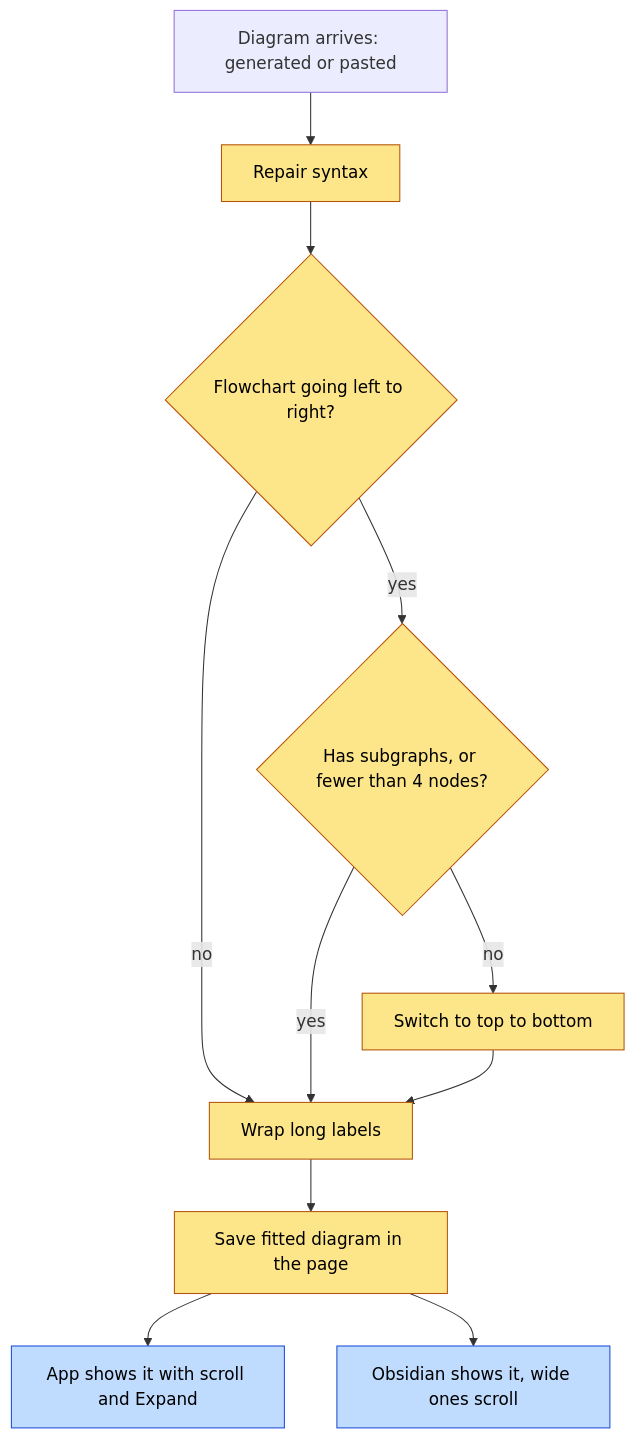
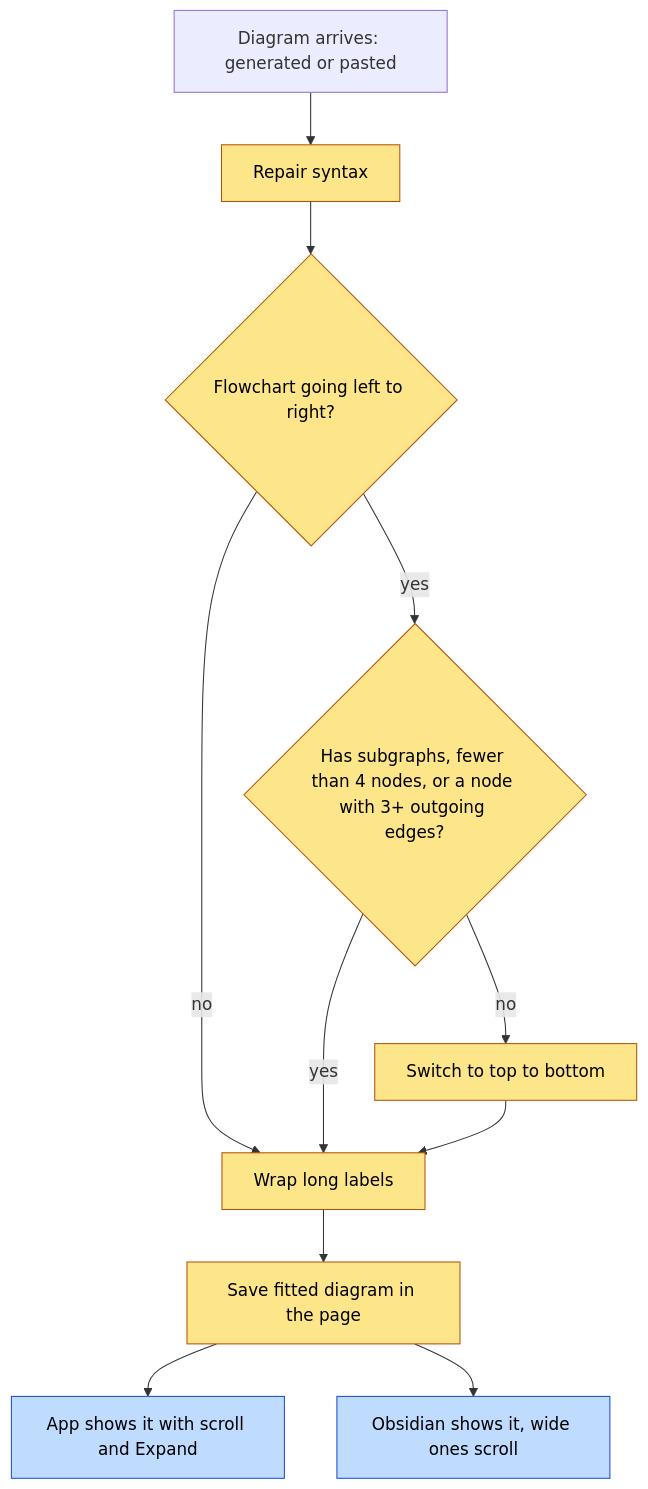
Before and after one commit to Sakethv7/SakethWiki: the diagram in docs/diagram-fit/architecture.md, drawn with Mermaid. The commit also changed other lines of this file and 3 other files, not shown here.

Commit message:
Diagram fit docs: amendments for the fan-out rule, per-diagram revert, and the Obsidian init-line finding

````diff
--- a/docs/diagram-fit/architecture.md
+++ b/docs/diagram-fit/architecture.md
@@ -5,17 +5,17 @@
 ```mermaid
 flowchart TD
     A[Diagram arrives: generated or pasted] --> B[Repair syntax]
     B --> C{Flowchart going left to right?}
     C -- no --> F[Wrap long labels]
-    C -- yes --> D{Has subgraphs, or fewer than 4 nodes?}
+    C -- yes --> D{Has subgraphs, fewer than 4 nodes, or a node with 3+ outgoing edges?}
     D -- yes --> F
     D -- no --> E[Switch to top to bottom]
     E --> F
     F --> G[Save fitted diagram in the page]
     G --> H[App shows it with scroll and Expand]
     G --> I[Obsidian shows it, wide ones scroll]
     classDef new fill:#fde68a,stroke:#b45309,color:#000;
     classDef changed fill:#bfdbfe,stroke:#1d4ed8,color:#000;
     class B,C,D,E,F,G new;
     class H,I changed;
 ```
````
